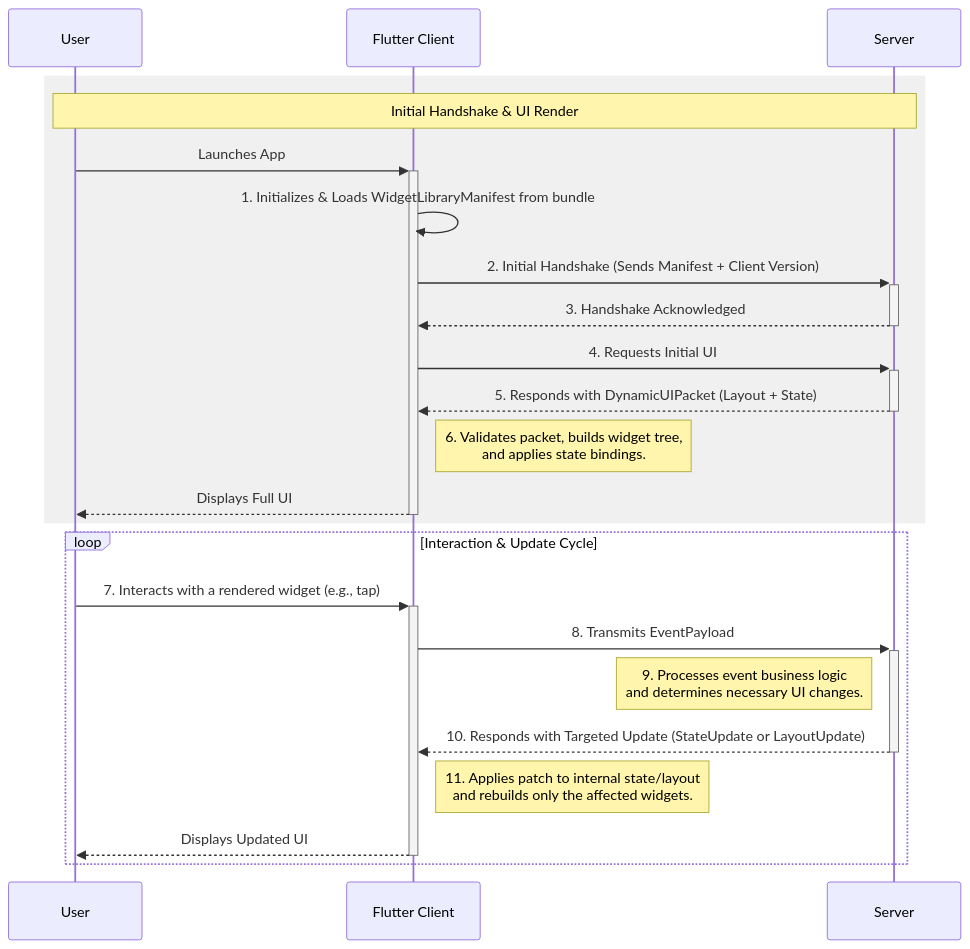
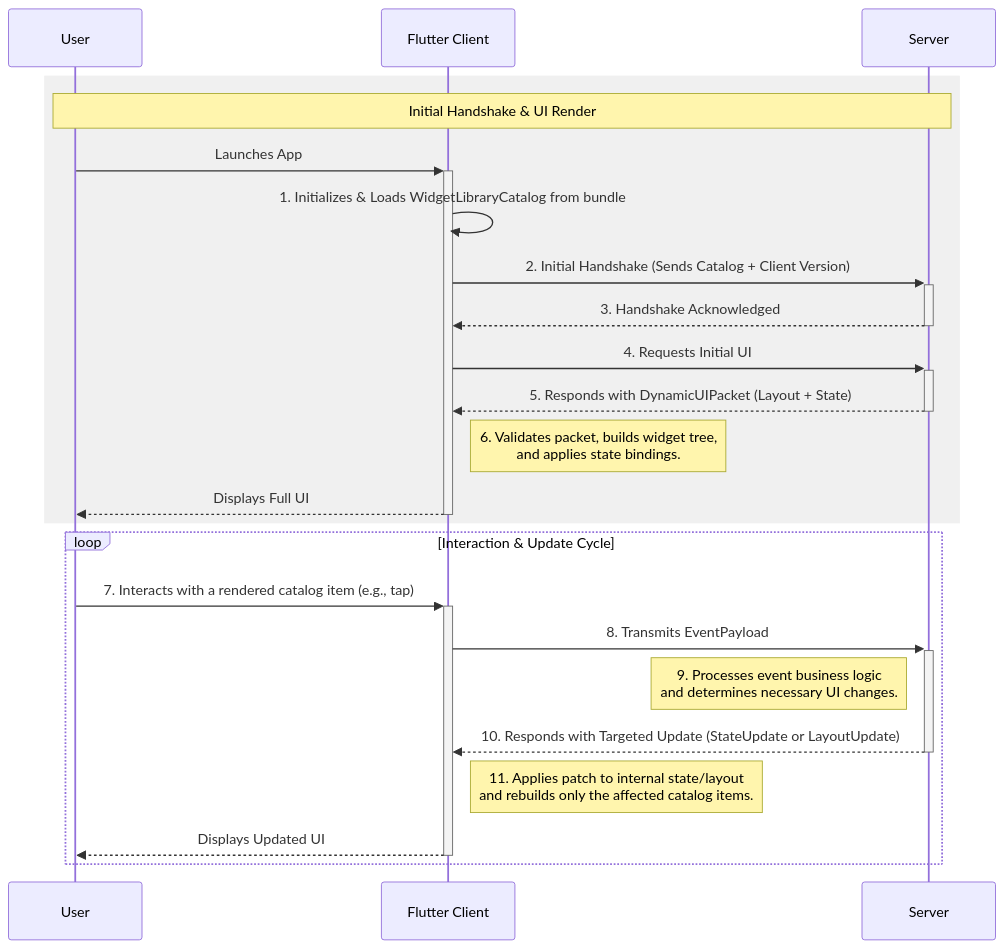
The diagram in pkgs/fcp_client/docs/Flutter Composition Protocol.md (flutter/genui), drawn with Mermaid before and after one commit. The commit also changed other lines of this file and 26 other files, not shown here.

Commit message:
Rename Manifest to Catalog

````diff
--- a/pkgs/fcp_client/docs/Flutter Composition Protocol.md
+++ b/pkgs/fcp_client/docs/Flutter Composition Protocol.md
@@ -42,28 +42,28 @@
 ```mermaid
 sequenceDiagram
     participant User
     participant Flutter Client
     participant Server
 
     rect rgba(128, 128, 128, 0.12)
         note over User, Server: Initial Handshake & UI Render
         User->>+Flutter Client: Launches App
-        Flutter Client->>Flutter Client: 1. Initializes & Loads WidgetLibraryManifest from bundle
-        Flutter Client->>+Server: 2. Initial Handshake (Sends Manifest + Client Version)
+        Flutter Client->>Flutter Client: 1. Initializes & Loads WidgetLibraryCatalog from bundle
+        Flutter Client->>+Server: 2. Initial Handshake (Sends Catalog + Client Version)
         Server-->>-Flutter Client: 3. Handshake Acknowledged
 
         Flutter Client->>+Server: 4. Requests Initial UI
         Server-->>-Flutter Client: 5. Responds with DynamicUIPacket (Layout + State)
         Note right of Flutter Client: 6. Validates packet, builds widget tree, <br/>and applies state bindings.
         Flutter Client-->>-User: Displays Full UI
     end
 
     loop Interaction & Update Cycle
-        User->>+Flutter Client: 7. Interacts with a rendered widget (e.g., tap)
+        User->>+Flutter Client: 7. Interacts with a rendered catalog item (e.g., tap)
         Flutter Client->>+Server: 8. Transmits EventPayload
         Note left of Server: 9. Processes event business logic <br/>and determines necessary UI changes.
         Server-->>-Flutter Client: 10. Responds with Targeted Update (StateUpdate or LayoutUpdate)
-        Note right of Flutter Client: 11. Applies patch to internal state/layout <br/>and rebuilds only the affected widgets.
+        Note right of Flutter Client: 11. Applies patch to internal state/layout <br/>and rebuilds only the affected catalog items.
         Flutter Client-->>-User: Displays Updated UI
     end
 ```
````
